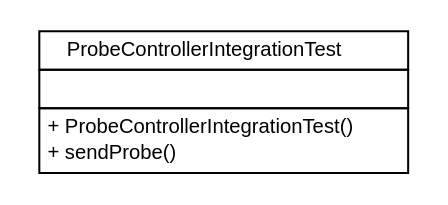
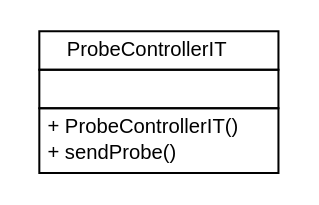
One commit to serene-project/serene-collector changed the diagram in testapidocs/net/sereneproject/collector/web/net.sereneproject.collector.web.dot. Above: the diagram before and after it, drawn with Graphviz. The commit also changed 213 other files, not shown here.

```diff
--- a/testapidocs/net/sereneproject/collector/web/net.sereneproject.collector.web.dot
+++ b/testapidocs/net/sereneproject/collector/web/net.sereneproject.collector.web.dot
@@ -1,25 +1,25 @@
 #!/usr/local/bin/dot
 #
 # Class diagram 
 # Generated by UMLGraph version 5.1 (http://www.umlgraph.org/)
 #
 
 digraph G {
 	edge [fontname="Helvetica",fontsize=10,labelfontname="Helvetica",labelfontsize=10];
 	node [fontname="Helvetica",fontsize=10,shape=plaintext];
 	nodesep=0.25;
 	ranksep=0.5;
-	// net.sereneproject.collector.web.ProbeControllerIntegrationTest
-	c0 [label=<<table title="net.sereneproject.collector.web.ProbeControllerIntegrationTest" border="0" cellborder="1" cellspacing="0" cellpadding="2" port="p" href="./ProbeControllerIntegrationTest.html">
+	// net.sereneproject.collector.web.ProbeControllerIT
+	c0 [label=<<table title="net.sereneproject.collector.web.ProbeControllerIT" border="0" cellborder="1" cellspacing="0" cellpadding="2" port="p" href="./ProbeControllerIT.html">
 		<tr><td><table border="0" cellspacing="0" cellpadding="1">
-<tr><td align="center" balign="center"> ProbeControllerIntegrationTest </td></tr>
+<tr><td align="center" balign="center"> ProbeControllerIT </td></tr>
 		</table></td></tr>
 		<tr><td><table border="0" cellspacing="0" cellpadding="1">
 <tr><td align="left" balign="left">  </td></tr>
 		</table></td></tr>
 		<tr><td><table border="0" cellspacing="0" cellpadding="1">
-<tr><td align="left" balign="left"> + ProbeControllerIntegrationTest() </td></tr>
+<tr><td align="left" balign="left"> + ProbeControllerIT() </td></tr>
 <tr><td align="left" balign="left"> + sendProbe() </td></tr>
 		</table></td></tr>
 		</table>>, fontname="Helvetica", fontcolor="black", fontsize=10.0];
 }
```
